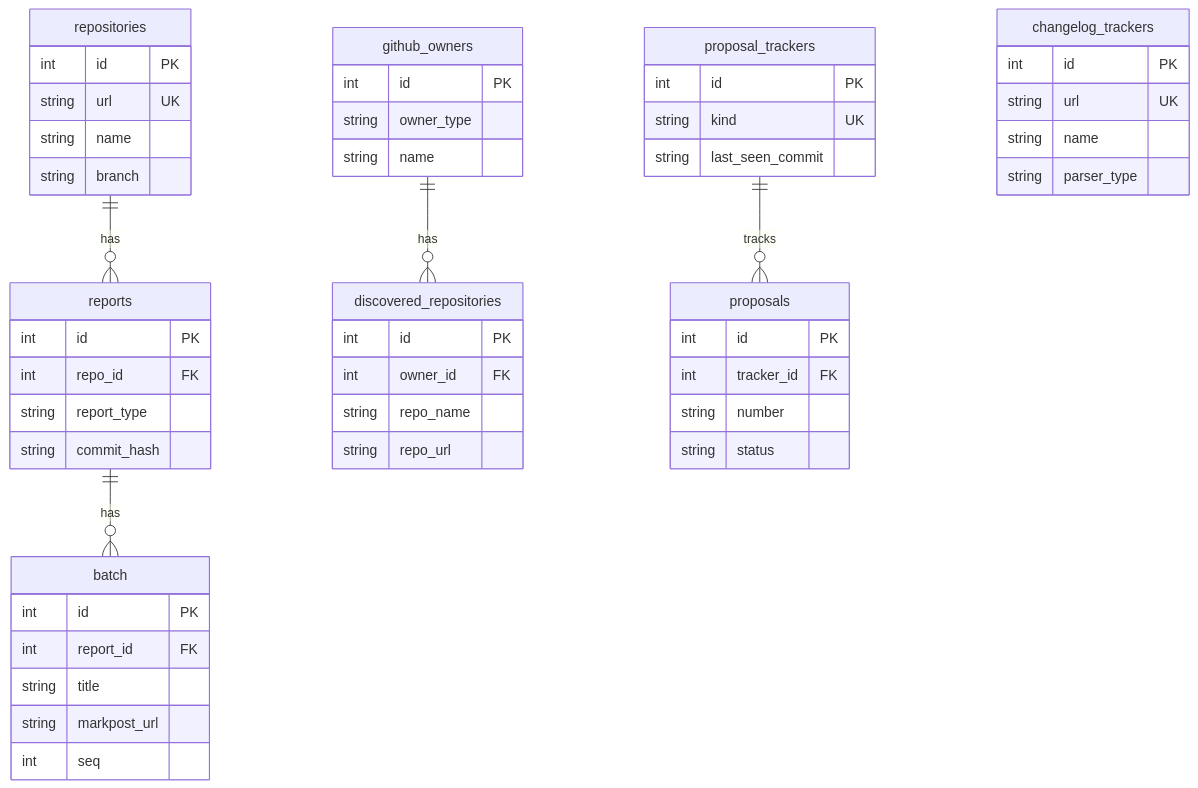
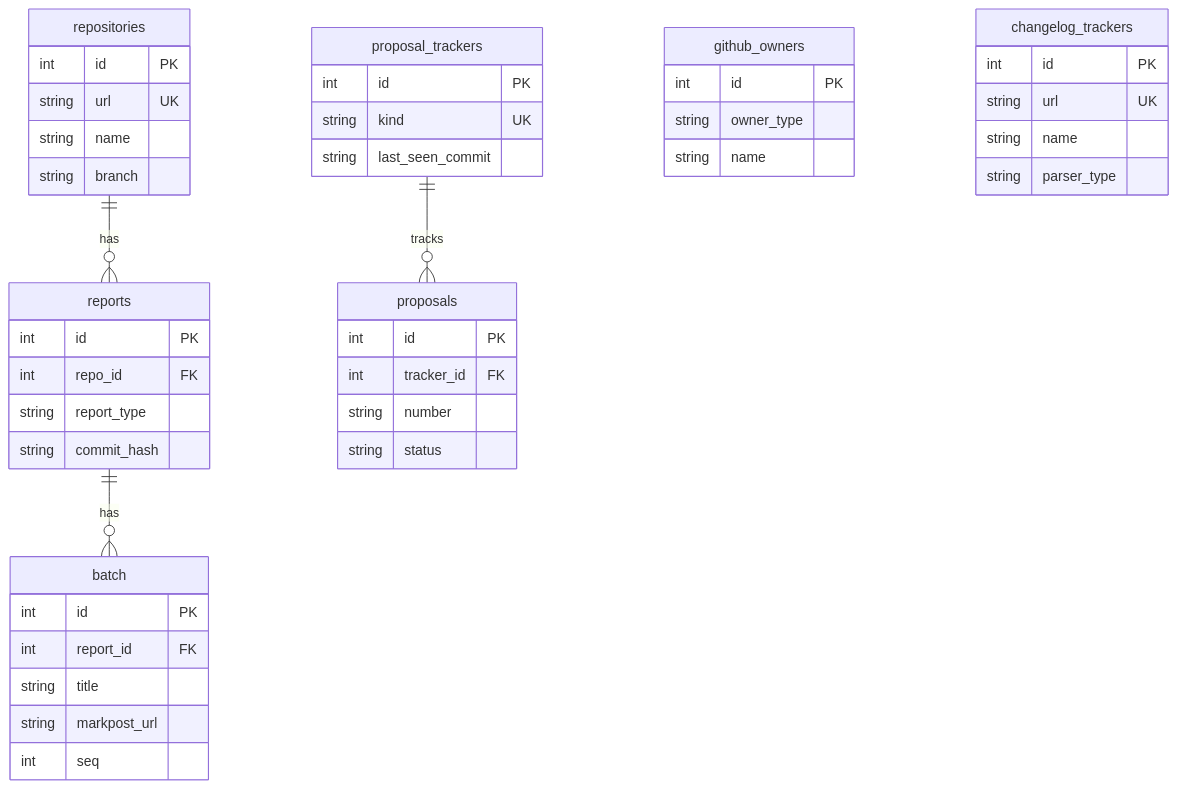
The diagram in specs/backend/database-schema.md (jukanntenn/progress), drawn with Mermaid before and after one commit. The commit also changed other lines of this file and 7 other files, not shown here.

First line of the commit message:
refactor(db): remove discovered_repositories table

````diff
--- a/specs/backend/database-schema.md
+++ b/specs/backend/database-schema.md
@@ -7,62 +7,54 @@
 ```mermaid
 erDiagram
     repositories ||--o{ reports : "has"
-    github_owners ||--o{ discovered_repositories : "has"
     proposal_trackers ||--o{ proposals : "tracks"
     reports ||--o{ batch : "has"
 
     repositories {
         int id PK
         string url UK
         string name
         string branch
     }
 
     reports {
         int id PK
         int repo_id FK
         string report_type
         string commit_hash
     }
 
     github_owners {
         int id PK
         string owner_type
         string name
-    }
-
-    discovered_repositories {
-        int id PK
-        int owner_id FK
-        string repo_name
-        string repo_url
     }
 
     proposal_trackers {
         int id PK
         string kind UK
         string last_seen_commit
     }
 
     proposals {
         int id PK
         int tracker_id FK
         string number
         string status
     }
 
     batch {
         int id PK
         int report_id FK
         string title
         string markpost_url
         int seq
     }
 
     changelog_trackers {
         int id PK
         string url UK
         string name
         string parser_type
     }
 ```
````
